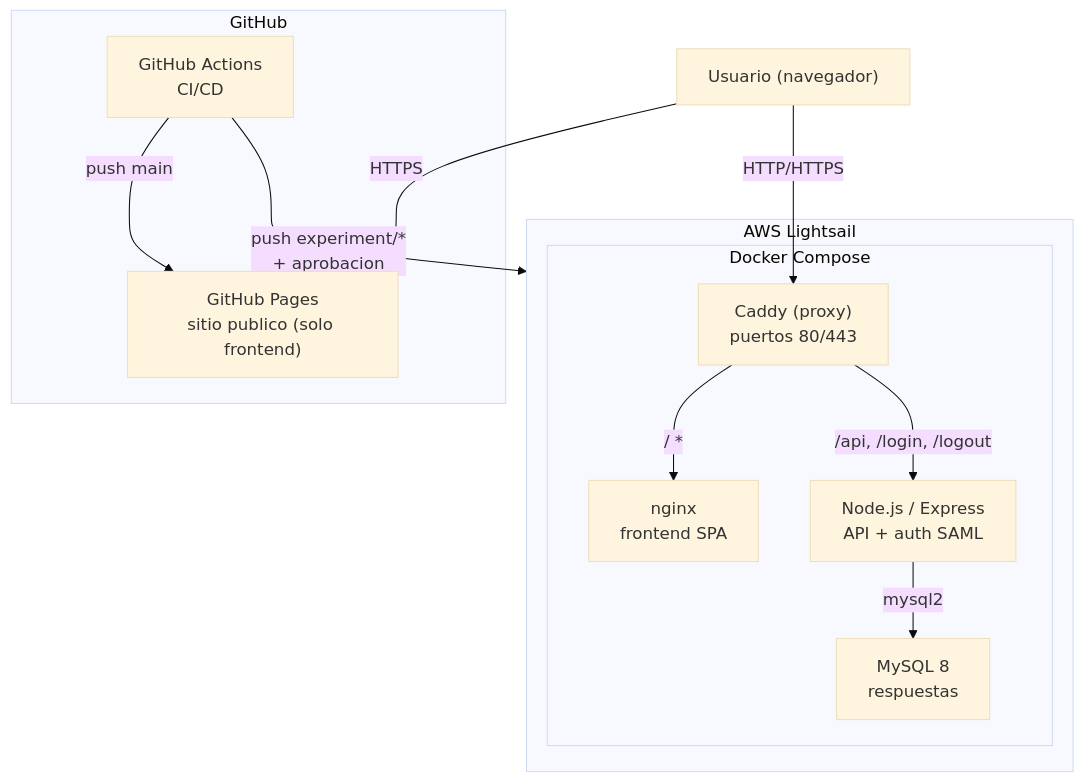
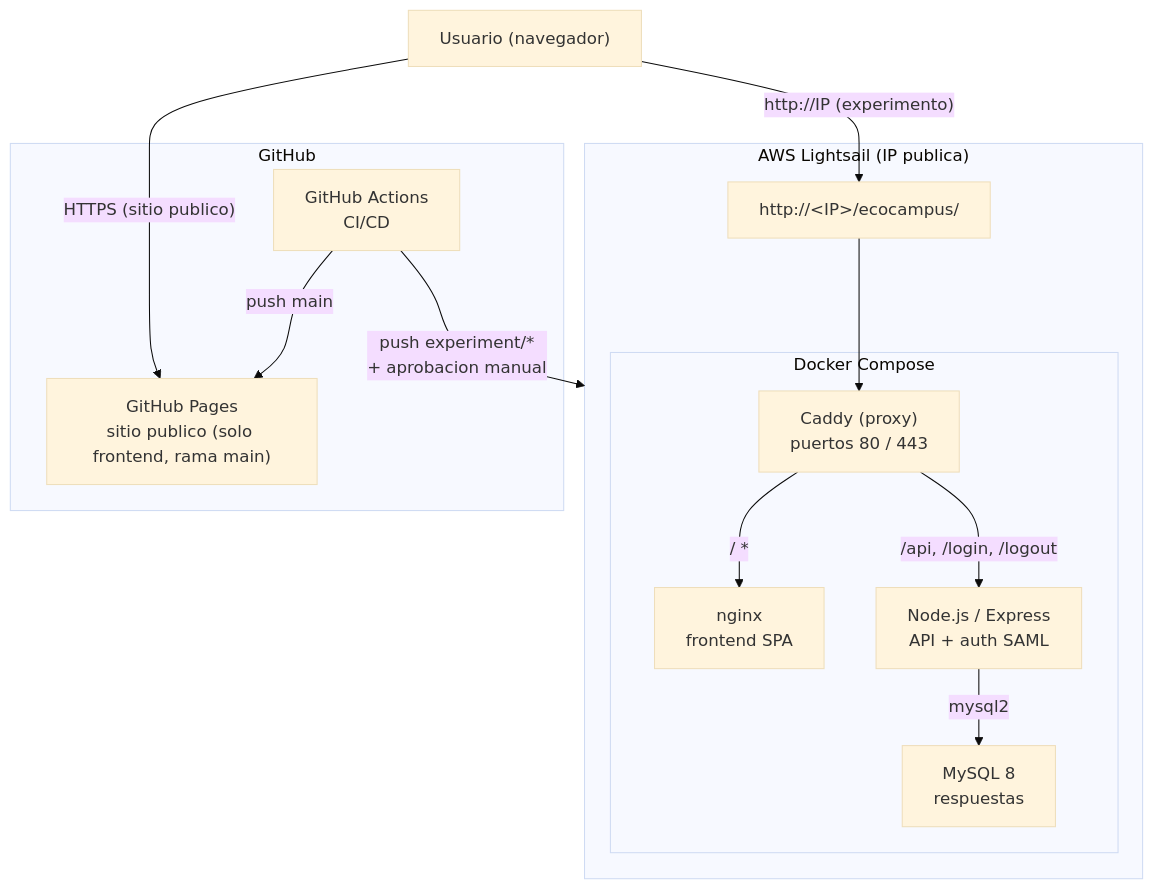
One commit to SEBASTIANTORRESL0K1/ecocampus changed the diagram in README.md. Above: the diagram before and after it, drawn with Mermaid (base theme). The commit also changed other lines of this file and 1 other file, not shown here.

Commit message:
docs: clarifica despliegue del experimento en Lightsail con IP publica
Actualiza diagrama mermaid en README.md: nodo de IP publica en Lightsail
y flujo separado del sitio publico en GitHub Pages (solo rama main).
Reordena descripcion de modos: Lightsail primero (despliegue activo).
En docs/despliegue/README.md: nota al inicio, fila Produccion renombrada
a Produccion (Lightsail) y advertencia en seccion GitHub Pages.

````diff
--- a/README.md
+++ b/README.md
@@ -76,28 +76,30 @@
 ```mermaid
 flowchart TB
     Usuario["Usuario (navegador)"]
 
-    subgraph AWS["AWS Lightsail"]
+    subgraph AWS["AWS Lightsail (IP publica)"]
+        IPPublica["http://&lt;IP&gt;/ecocampus/"]
         subgraph Docker["Docker Compose"]
-            Caddy["Caddy (proxy)\npuertos 80/443"]
+            Caddy["Caddy (proxy)\npuertos 80 / 443"]
             Nginx["nginx\nfrontend SPA"]
             Backend["Node.js / Express\nAPI + auth SAML"]
             MySQL["MySQL 8\nrespuestas"]
         end
     end
 
     subgraph GitHub["GitHub"]
-        Pages["GitHub Pages\nsitio publico (solo frontend)"]
+        Pages["GitHub Pages\nsitio publico (solo frontend, rama main)"]
         Actions["GitHub Actions\nCI/CD"]
     end
 
-    Usuario -->|HTTP/HTTPS| Caddy
-    Usuario -->|HTTPS| Pages
+    Usuario -->|"http://IP (experimento)"| IPPublica
+    Usuario -->|"HTTPS (sitio publico)"| Pages
 
+    IPPublica --> Caddy
     Caddy -->|"/ *"| Nginx
     Caddy -->|"/api, /login, /logout"| Backend
     Backend -->|"mysql2"| MySQL
 
     Actions -->|"push main"| Pages
-    Actions -->|"push experiment/*\n+ aprobacion"| AWS
+    Actions -->|"push experiment/*\n+ aprobacion manual"| AWS
 ```
````
